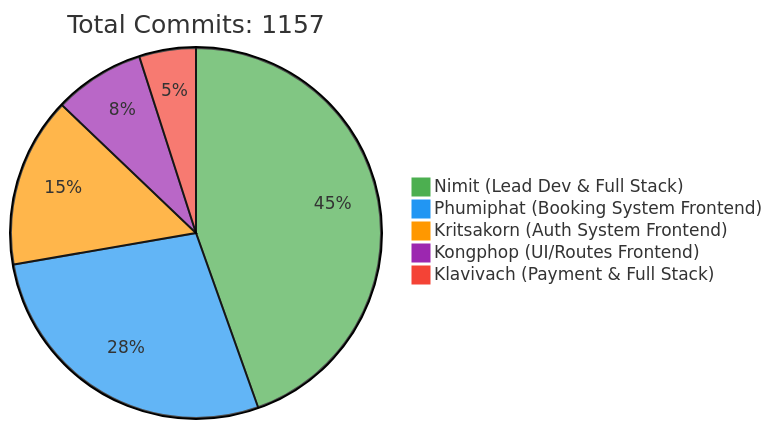
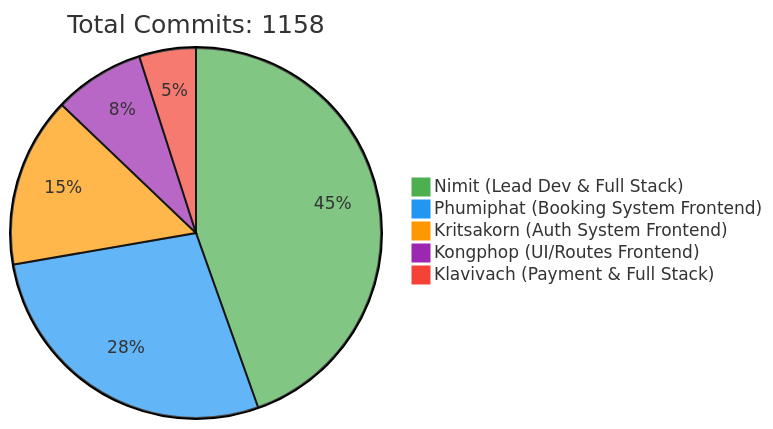
One commit to 6531503042/Sport-Complex changed the first of 2 diagrams in README.md. Above: the diagram before and after it, drawn with Mermaid. The commit also changed other lines of this file, not shown here.

Commit message:
docs: Update contributor statistics [skip ci]

````diff
--- a/README.md
+++ b/README.md
@@ -257,10 +257,10 @@
 ```mermaid
 %%{init: {'theme': 'base', 'themeVariables': { 'pie1': '#4CAF50', 'pie2': '#2196F3', 'pie3': '#FF9800', 'pie4': '#9C27B0', 'pie5': '#F44336'}}}%%
 pie
-    title Total Commits: 1157
+    title Total Commits: 1158
     "Nimit (Lead Dev & Full Stack)" : 450
     "Phumiphat (Booking System Frontend)" : 280
     "Kritsakorn (Auth System Frontend)" : 150
     "Kongphop (UI/Routes Frontend)" : 80
     "Klavivach (Payment & Full Stack)" : 50
 ```
````
